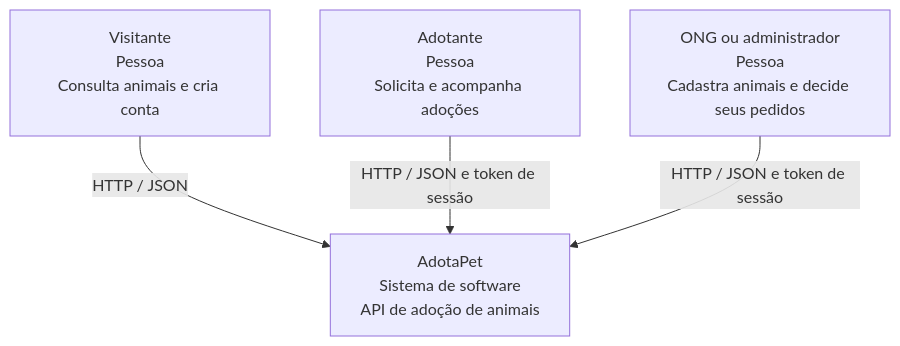
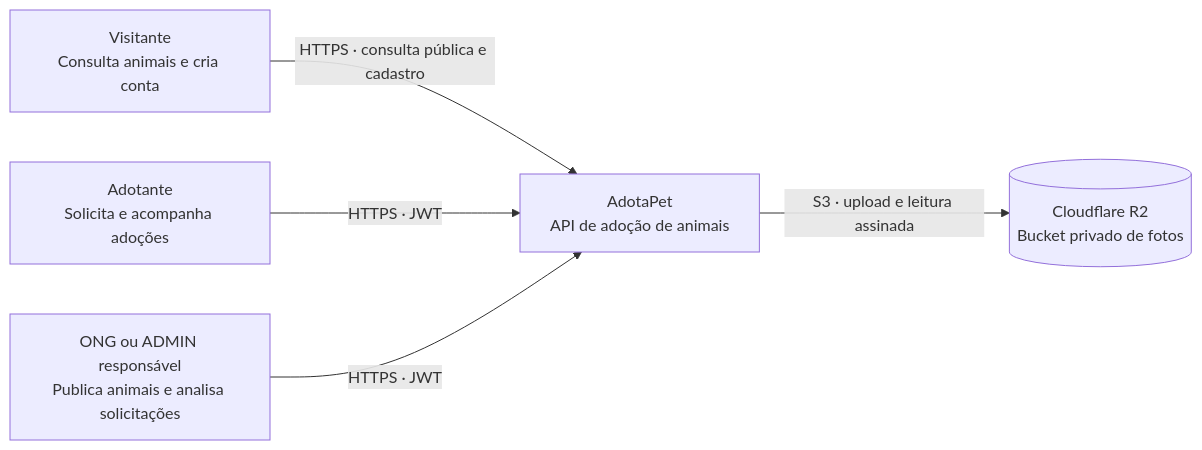
Before and after one commit to KerollayneAkemy/API--ADOTAPET: the diagram in docs/arquitetura/diagramas/01-contexto-c4.mmd, drawn with Mermaid. The commit also changed 11 other files, not shown here.

Commit message:
docs: align architecture diagrams with deployment

```diff
--- a/docs/arquitetura/diagramas/01-contexto-c4.mmd
+++ b/docs/arquitetura/diagramas/01-contexto-c4.mmd
@@ -1,8 +1,11 @@
-flowchart TB
-  v["Visitante<br/>Pessoa<br/>Consulta animais e cria conta"]
-  a["Adotante<br/>Pessoa<br/>Solicita e acompanha adoções"]
-  o["ONG ou administrador<br/>Pessoa<br/>Cadastra animais e decide seus pedidos"]
-  s["AdotaPet<br/>Sistema de software<br/>API de adoção de animais"]
-  v -->|HTTP / JSON| s
-  a -->|HTTP / JSON e token de sessão| s
-  o -->|HTTP / JSON e token de sessão| s
+flowchart LR
+  visitante["Visitante<br/>Consulta animais e cria conta"]
+  adotante["Adotante<br/>Solicita e acompanha adoções"]
+  responsavel["ONG ou ADMIN responsável<br/>Publica animais e analisa solicitações"]
+  adotapet["AdotaPet<br/>API de adoção de animais"]
+  r2[("Cloudflare R2<br/>Bucket privado de fotos")]
+
+  visitante -->|HTTPS · consulta pública e cadastro| adotapet
+  adotante -->|HTTPS · JWT| adotapet
+  responsavel -->|HTTPS · JWT| adotapet
+  adotapet -->|S3 · upload e leitura assinada| r2
```
